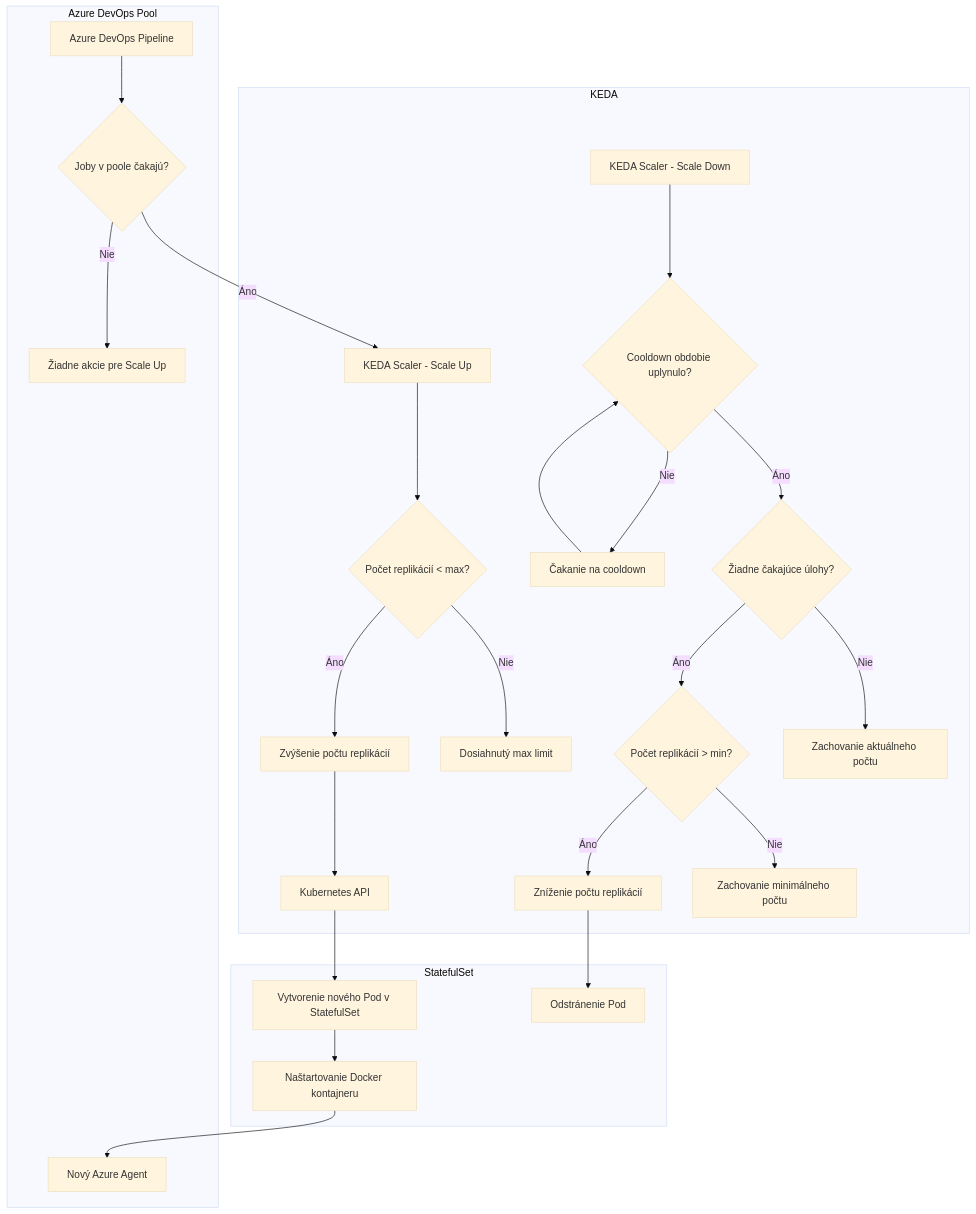
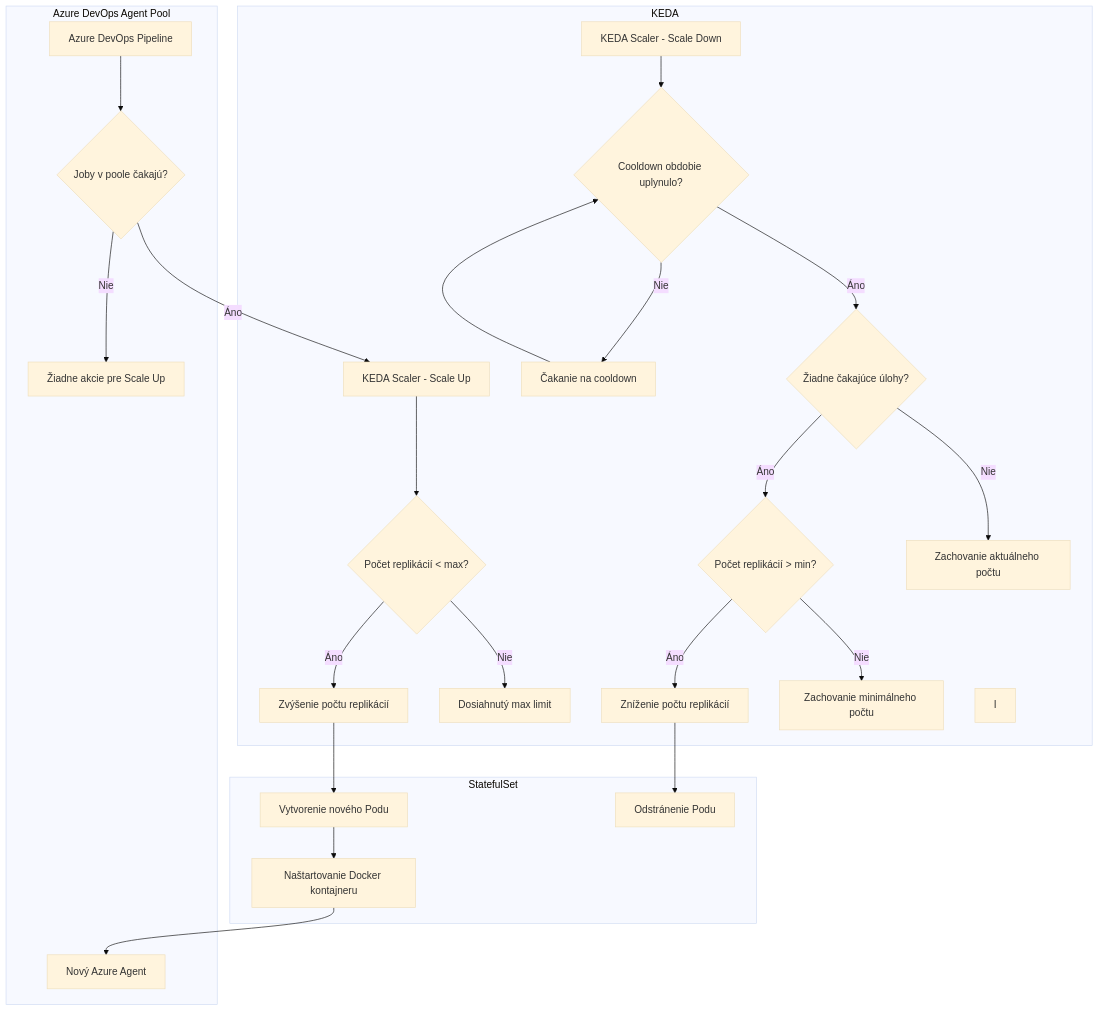
The diagram in linuxmachine/user-documentation.md (motycak/kros-sk.github.io), drawn with Mermaid (base theme) before and after one commit.

````diff
--- a/linuxmachine/user-documentation.md
+++ b/linuxmachine/user-documentation.md
@@ -39,55 +39,54 @@
 ```mermaid
 flowchart TD
     A[Azure DevOps Pipeline] --> B{Joby v poole čakajú?}
     B -->|Áno| C[KEDA Scaler - Scale Up]
     B -->|Nie| D[Žiadne akcie pre Scale Up]
     
     C --> F{Počet replikácií < max?}
     F -->|Áno| G[Zvýšenie počtu replikácií]
     F -->|Nie| H[Dosiahnutý max limit]
     
-    G --> I[Kubernetes API]
-    I --> J[Vytvorenie nového Pod v StatefulSet]
+    G --> J[Vytvorenie nového Podu]
     J --> K[Naštartovanie Docker kontajneru]
     K --> L[Nový Azure Agent]
     
     P[KEDA Scaler - Scale Down] --> Q{Cooldown obdobie uplynulo?}
     Q -->|Nie| R[Čakanie na cooldown]
     R --> Q
     Q -->|Áno| S{Žiadne čakajúce úlohy?}
     S -->|Áno| T{Počet replikácií > min?}
     T -->|Áno| U[Zníženie počtu replikácií]
     T -->|Nie| V[Zachovanie minimálneho počtu]
     S -->|Nie| W[Zachovanie aktuálneho počtu]
     
-    U --> X[Odstránenie Pod]
+    U --> X[Odstránenie Podu]
     
     subgraph "KEDA"
         C
         F
         G
         H
         I
         P
         Q
         R
         S
         T
         U
         V
         W
     end
     
-    subgraph "Azure DevOps Pool"
+    subgraph "Azure DevOps Agent Pool"
         A
         B
         D
         L
     end
     
     subgraph "StatefulSet"
         J
         K
         X
     end
 ```
````
